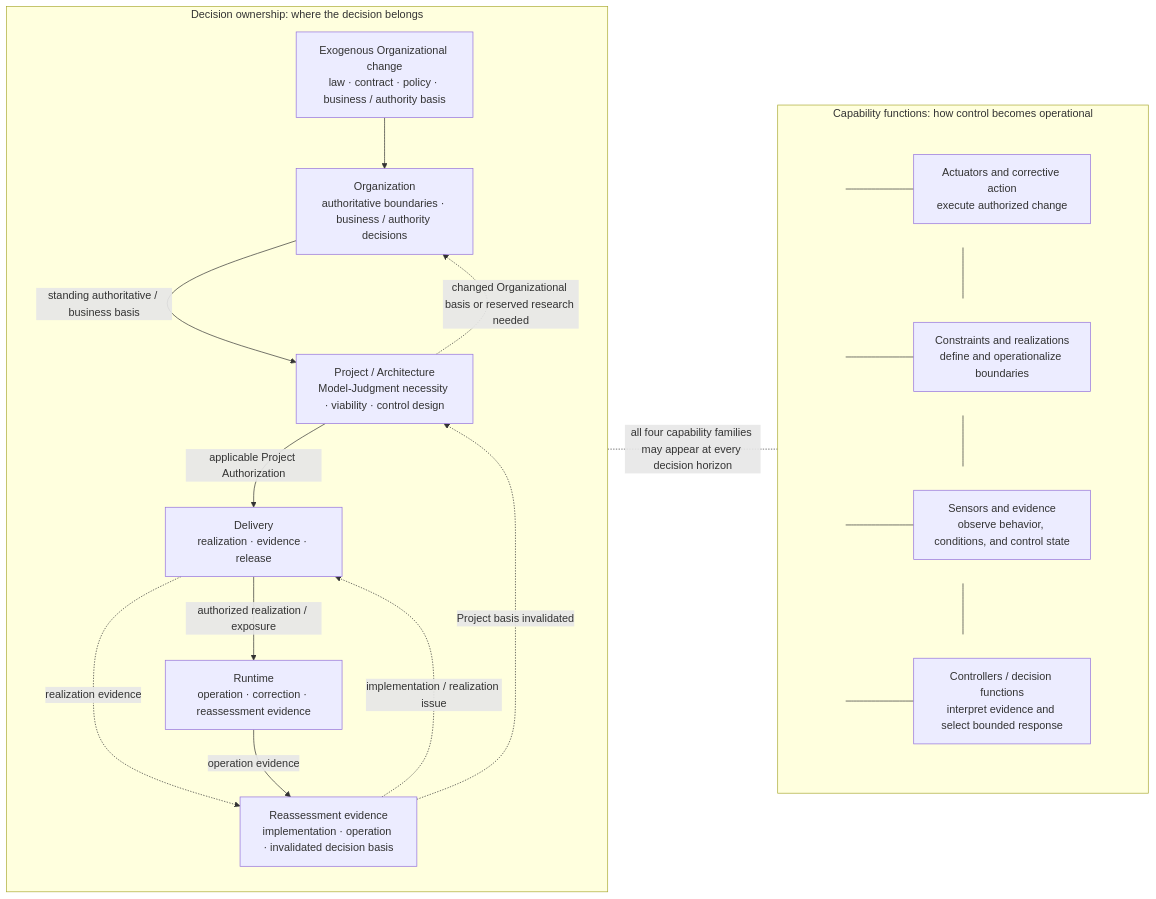
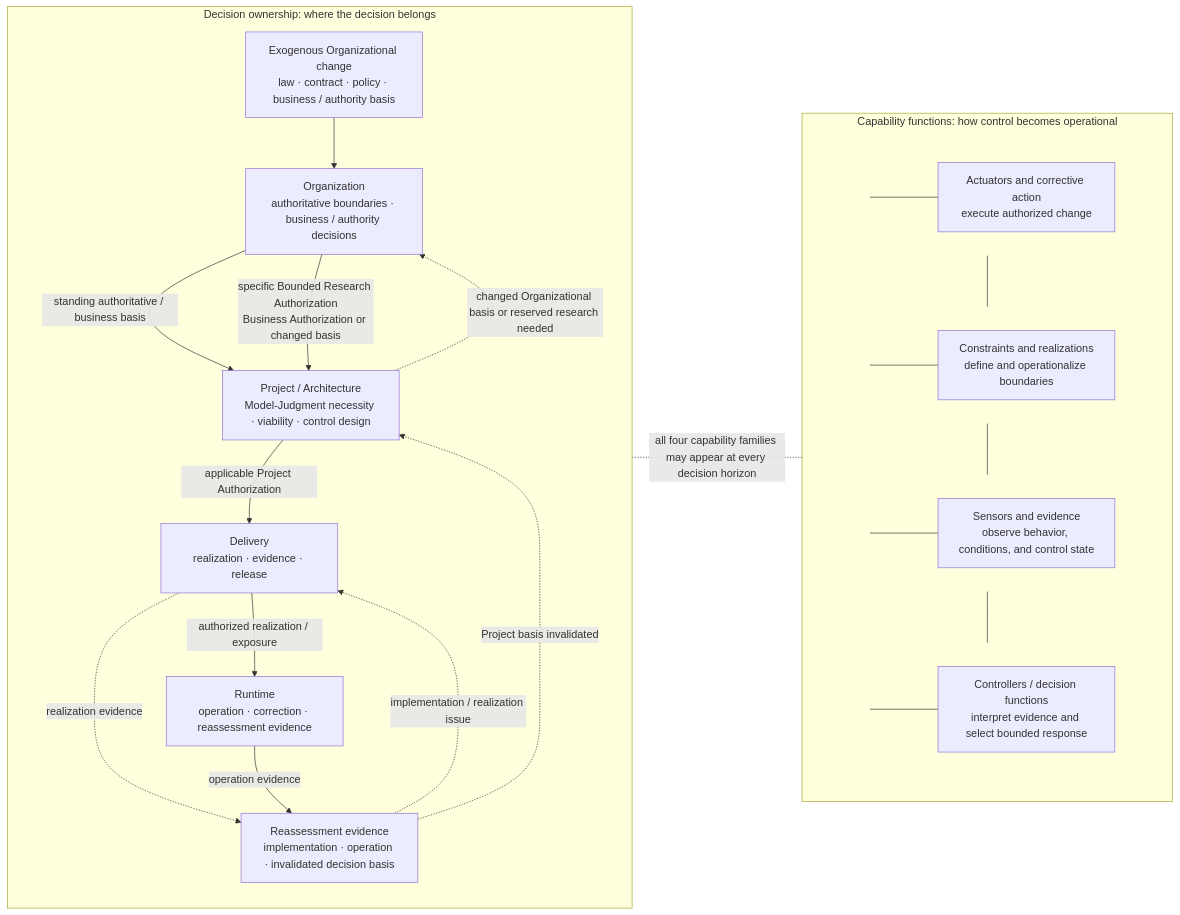
One commit to UncertaintyArchitectureGroup/uncertainty-architecture changed the eighth of 8 diagrams in content/research/notes/thinking-systems-publication-draft.md. Above: the diagram before and after it, drawn with Mermaid. The commit also changed other lines of this file, not shown here.

````diff
--- a/content/research/notes/thinking-systems-publication-draft.md
+++ b/content/research/notes/thinking-systems-publication-draft.md
@@ -363,53 +363,54 @@
 ```mermaid
 flowchart LR
     subgraph L["Decision ownership: where the decision belongs"]
         direction TB
         O["Organization<br/>authoritative boundaries · business / authority decisions"]
         P["Project / Architecture<br/>Model-Judgment necessity · viability · control design"]
         D["Delivery<br/>realization · evidence · release"]
         R["Runtime<br/>operation · correction · reassessment evidence"]
         E["Reassessment evidence<br/>implementation · operation · invalidated decision basis"]
         X["Exogenous Organizational change<br/>law · contract · policy · business / authority basis"]
 
         O -->|standing authoritative / business basis| P
+        O -->|specific Bounded Research Authorization<br/>Business Authorization or changed basis| P
         P -->|applicable Project Authorization| D
         D -->|authorized realization / exposure| R
         P -. changed Organizational basis or reserved research needed .-> O
         D -. realization evidence .-> E
         R -->|operation evidence| E
         E -. implementation / realization issue .-> D
         E -. Project basis invalidated .-> P
         X --> O
     end
 
     subgraph F["Capability functions: how control becomes operational"]
         direction TB
         subgraph F1[" "]
             direction LR
             J1(( )) --- A["Actuators and corrective action<br/>execute authorized change"]
         end
         subgraph F2[" "]
             direction LR
             J2(( )) --- K["Constraints and realizations<br/>define and operationalize boundaries"]
         end
         subgraph F3[" "]
             direction LR
             J3(( )) --- S["Sensors and evidence<br/>observe behavior, conditions, and control state"]
         end
         subgraph F4[" "]
             direction LR
             J4(( )) --- C["Controllers / decision functions<br/>interpret evidence and select bounded response"]
         end
         J1 --- J2
         J2 --- J3
         J3 --- J4
         style F1 fill:none,stroke:none
         style F2 fill:none,stroke:none
         style F3 fill:none,stroke:none
         style F4 fill:none,stroke:none
     end
 
     L -. "all four capability families may appear at every decision horizon" .- F
     classDef railpoint fill:transparent,stroke:transparent,color:transparent;
     class J1,J2,J3,J4 railpoint;
 ```
````
